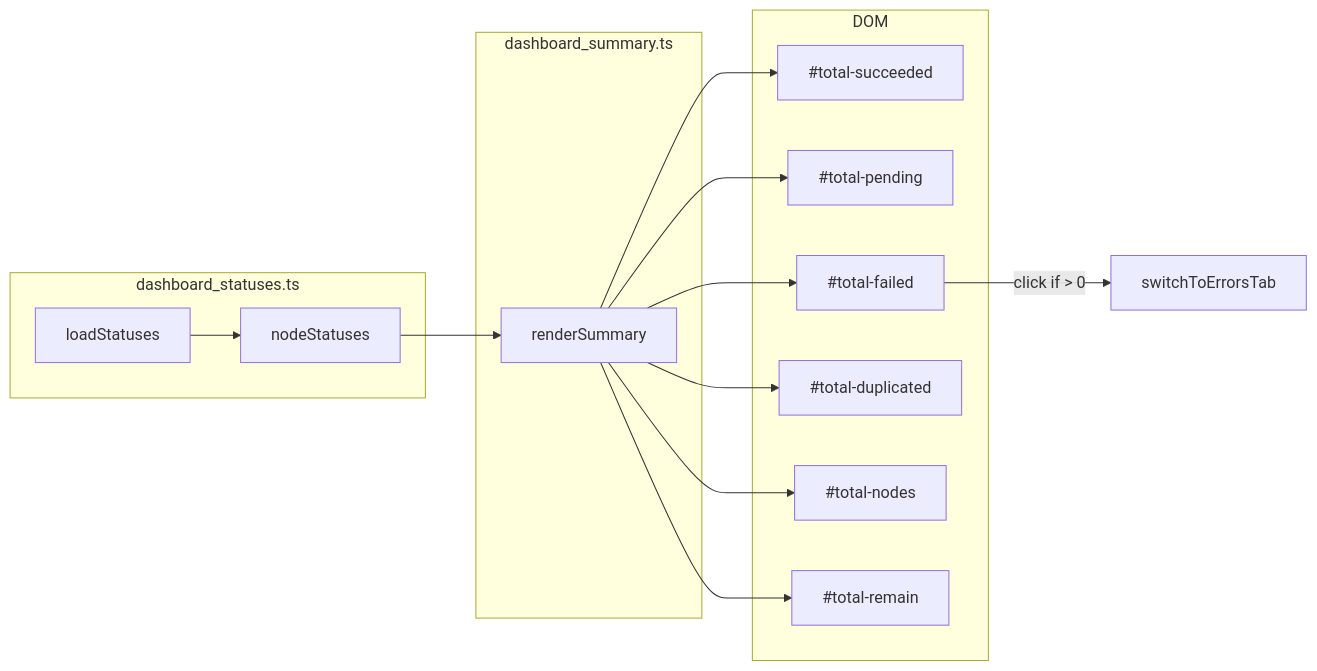
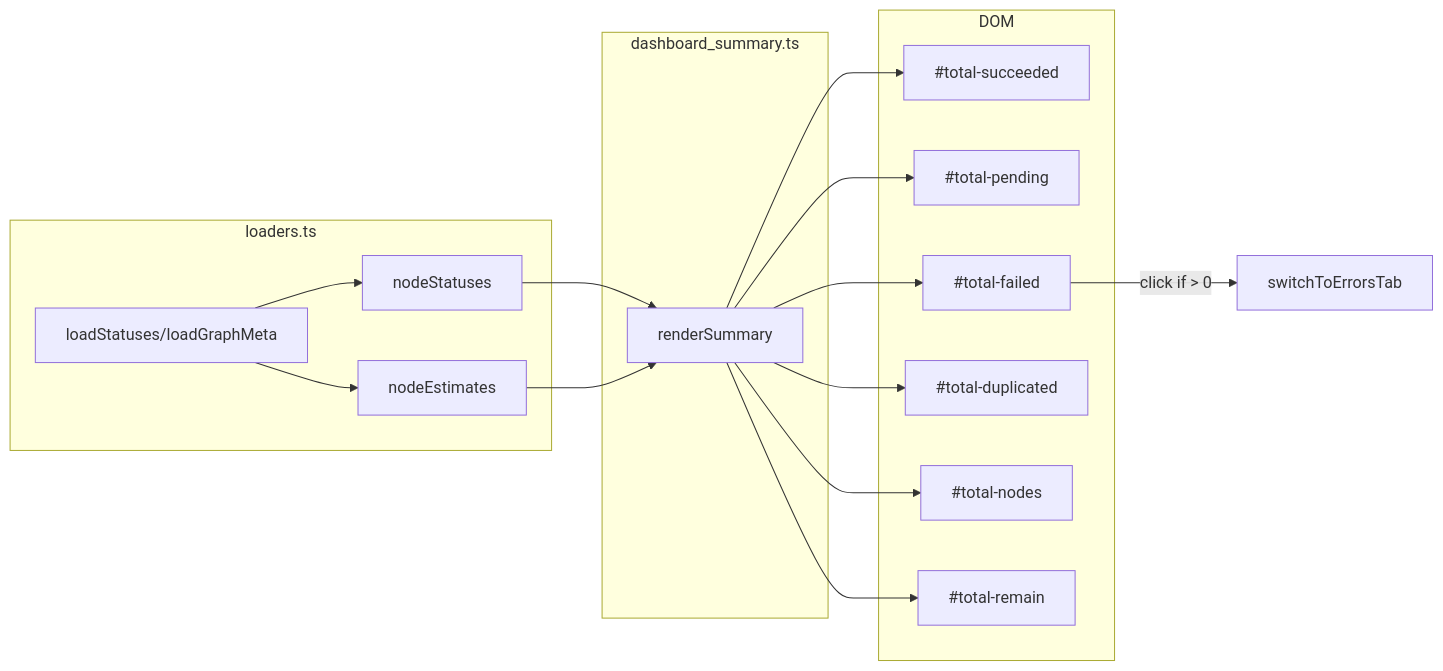
One commit to Mr-xiaotian/celestialflow-web changed the diagram in docs/zh-CN/src/static/ts/dashboard_summary.md. Above: the diagram before and after it, drawn with Mermaid. The commit also changed other lines of this file and 46 other files, not shown here.

````diff
--- a/docs/zh-CN/src/static/ts/dashboard_summary.md
+++ b/docs/zh-CN/src/static/ts/dashboard_summary.md
@@ -49,28 +43,31 @@
 ```mermaid
 flowchart LR
-    subgraph "dashboard_statuses.ts"
-        LS[loadStatuses]
+    subgraph "loaders.ts"
+        LS[loadStatuses/loadGraphMeta]
         NS[nodeStatuses]
+        NE[nodeEstimates]
     end
     subgraph "dashboard_summary.ts"
         RS[renderSummary]
     end
     subgraph "DOM"
         TSF[#total-succeeded]
         TPF[#total-pending]
         TFF[#total-failed]
         TDF[#total-duplicated]
         TNF[#total-nodes]
         TRF[#total-remain]
     end
 
     LS --> NS
+    LS --> NE
     NS --> RS
+    NE --> RS
     RS --> TSF
     RS --> TPF
     RS --> TFF
     RS --> TDF
     RS --> TNF
     RS --> TRF
     TFF -->|click if > 0| SW[switchToErrorsTab]
 ```
````
